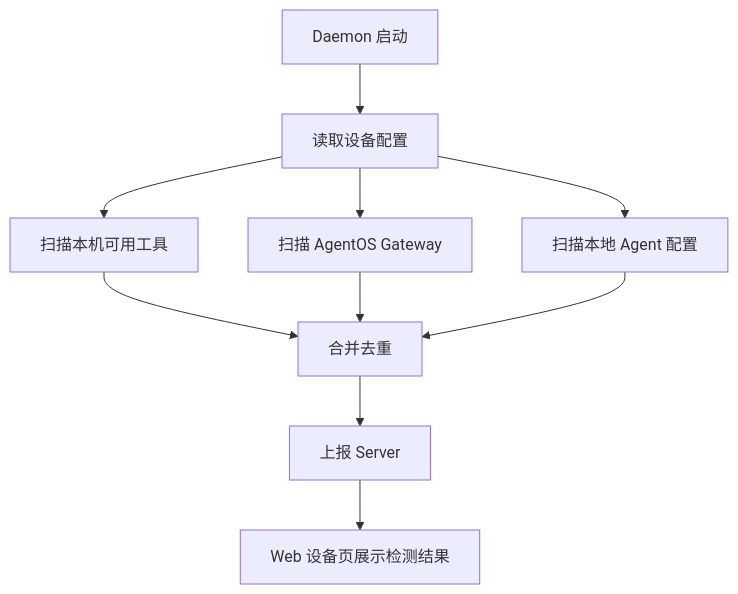
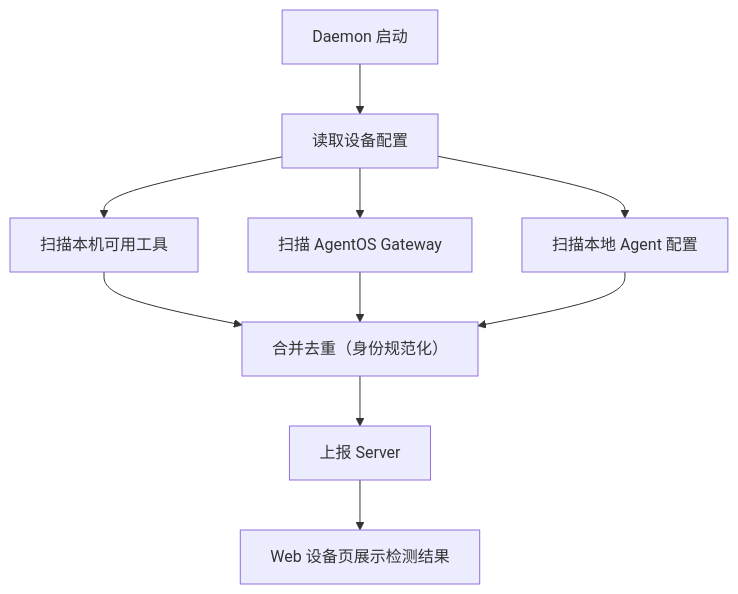
The third of 6 diagrams in README.md (xiaojichao/agentbean), drawn with Mermaid before and after one commit. The commit also changed other lines of this file and 4 other files, not shown here.

````diff
--- a/README.md
+++ b/README.md
@@ -122,12 +119,12 @@
 ```mermaid
 flowchart TD
   A["Daemon 启动"] --> B["读取设备配置"]
   B --> C["扫描本机可用工具"]
   B --> D["扫描 AgentOS Gateway"]
   B --> E["扫描本地 Agent 配置"]
-  C --> F["合并去重"]
+  C --> F["合并去重（身份规范化）"]
   D --> F
   E --> F
   F --> G["上报 Server"]
   G --> H["Web 设备页展示检测结果"]
 ```
````
